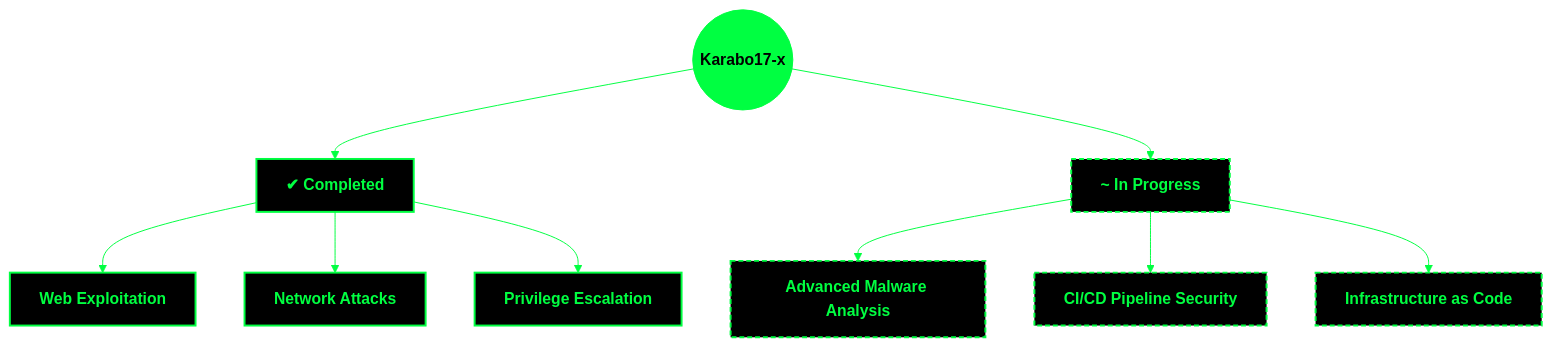
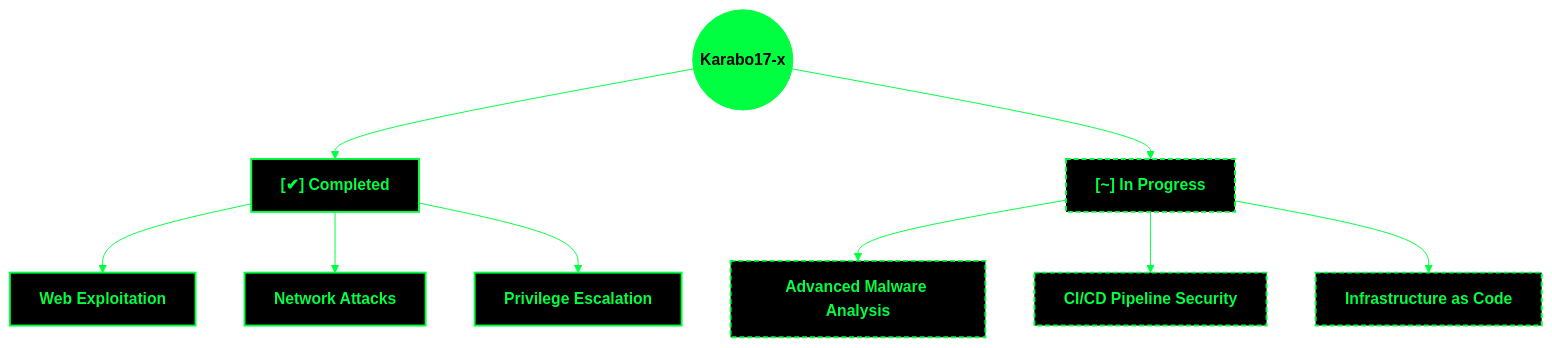
One commit to karabo17-x/karabo17-x changed the fourth of 5 diagrams in README.md. Above: the diagram before and after it, drawn with Mermaid. The commit also changed other lines of this file, not shown here.

````diff
--- a/README.md
+++ b/README.md
@@ -133,22 +134,22 @@
 ```mermaid
 %%{init: {'theme':'base','themeVariables':{'background':'#000000','primaryColor':'#000000','primaryTextColor':'#00ff41','primaryBorderColor':'#00ff41','lineColor':'#00ff41','secondaryColor':'#000000','tertiaryColor':'#000000','fontFamily':'Courier New, monospace'}}}%%
 flowchart TB
     ME(("Karabo17-x"))
-    ME --> DONE["✔ Completed"]
-    ME --> WIP["~ In Progress"]
+    ME --> DONE["[✔] Completed"]
+    ME --> WIP["[~] In Progress"]
 
     DONE --> W1["Web Exploitation"]
     DONE --> W2["Network Attacks"]
     DONE --> W3["Privilege Escalation"]
 
     WIP --> P1["Advanced Malware Analysis"]
     WIP --> P2["CI/CD Pipeline Security"]
     WIP --> P3["Infrastructure as Code"]
 
     classDef root fill:#00ff41,stroke:#00ff41,color:#000000,font-weight:bold;
     classDef done fill:#000,stroke:#00ff41,stroke-width:2px,color:#00ff41;
     classDef wip fill:#000,stroke:#00ff41,stroke-width:2px,stroke-dasharray:5 3,color:#00ff41;
     class ME root;
     class DONE,W1,W2,W3 done;
     class WIP,P1,P2,P3 wip;
 ```
````
